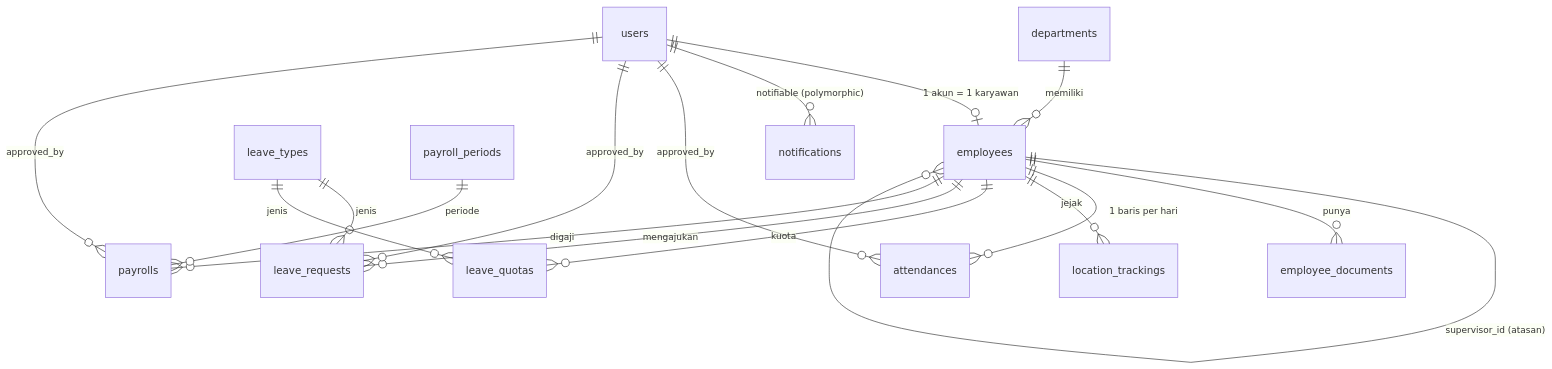
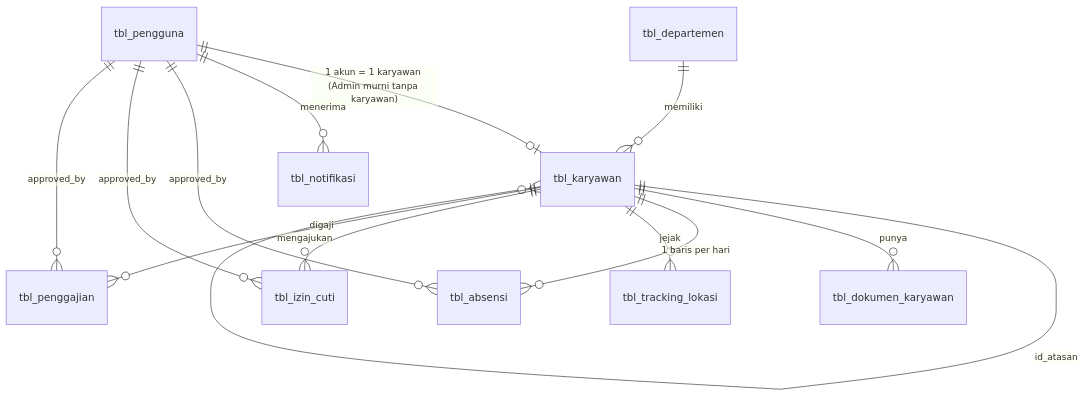
The diagram in docs/DATABASE.md (vallreey/Payroll-PT-TINTA-INSPIRASI-INDONESIA), drawn with Mermaid before and after one commit. The commit also changed other lines of this file and 61 other files, not shown here.

````diff
--- a/docs/DATABASE.md
+++ b/docs/DATABASE.md
@@ -50,19 +51,15 @@
 ```mermaid
 erDiagram
-    users ||--o| employees : "1 akun = 1 karyawan"
-    departments ||--o{ employees : memiliki
-    employees ||--o{ employees : "supervisor_id (atasan)"
-    employees ||--o{ employee_documents : punya
-    employees ||--o{ attendances : "1 baris per hari"
-    employees ||--o{ location_trackings : jejak
-    employees ||--o{ leave_quotas : kuota
-    employees ||--o{ leave_requests : mengajukan
-    leave_types ||--o{ leave_requests : jenis
-    leave_types ||--o{ leave_quotas : jenis
-    employees ||--o{ payrolls : digaji
-    payroll_periods ||--o{ payrolls : periode
-    users ||--o{ notifications : "notifiable (polymorphic)"
-    users ||--o{ attendances : "approved_by"
-    users ||--o{ leave_requests : "approved_by"
-    users ||--o{ payrolls : "approved_by"
+    tbl_pengguna ||--o| tbl_karyawan : "1 akun = 1 karyawan (Admin murni tanpa karyawan)"
+    tbl_departemen ||--o{ tbl_karyawan : memiliki
+    tbl_karyawan ||--o{ tbl_karyawan : "id_atasan"
+    tbl_karyawan ||--o{ tbl_dokumen_karyawan : punya
+    tbl_karyawan ||--o{ tbl_absensi : "1 baris per hari"
+    tbl_karyawan ||--o{ tbl_tracking_lokasi : jejak
+    tbl_karyawan ||--o{ tbl_izin_cuti : mengajukan
+    tbl_karyawan ||--o{ tbl_penggajian : digaji
+    tbl_pengguna ||--o{ tbl_notifikasi : menerima
+    tbl_pengguna ||--o{ tbl_absensi : "approved_by"
+    tbl_pengguna ||--o{ tbl_izin_cuti : "approved_by"
+    tbl_pengguna ||--o{ tbl_penggajian : "approved_by"
 ```
````
